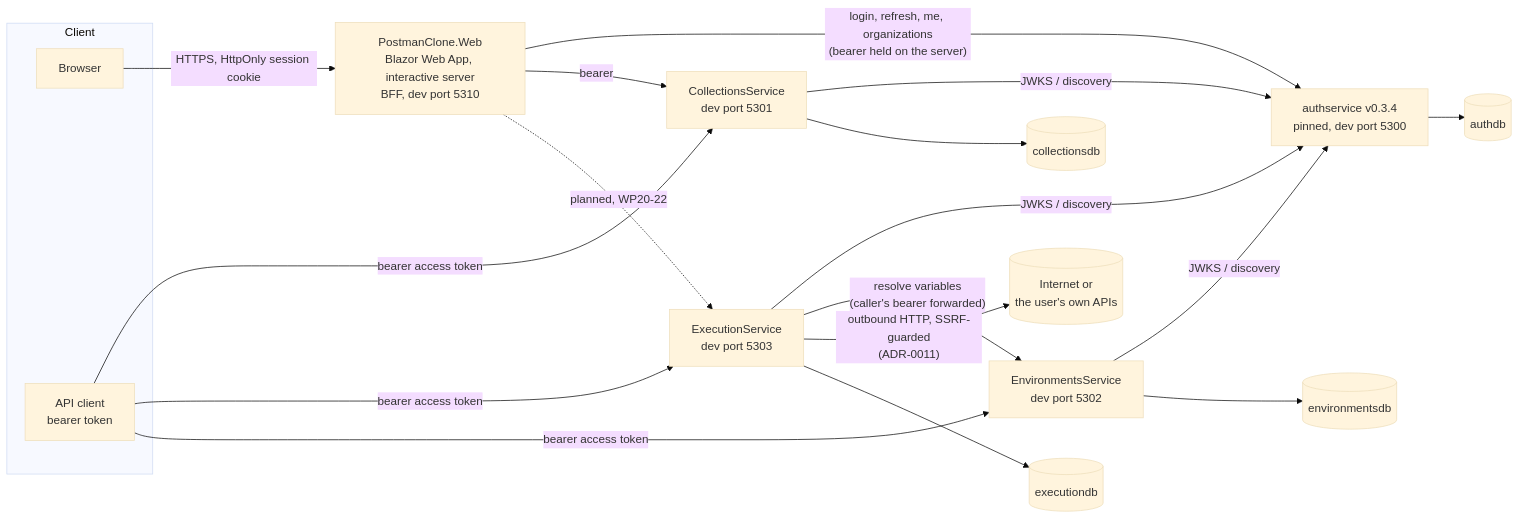
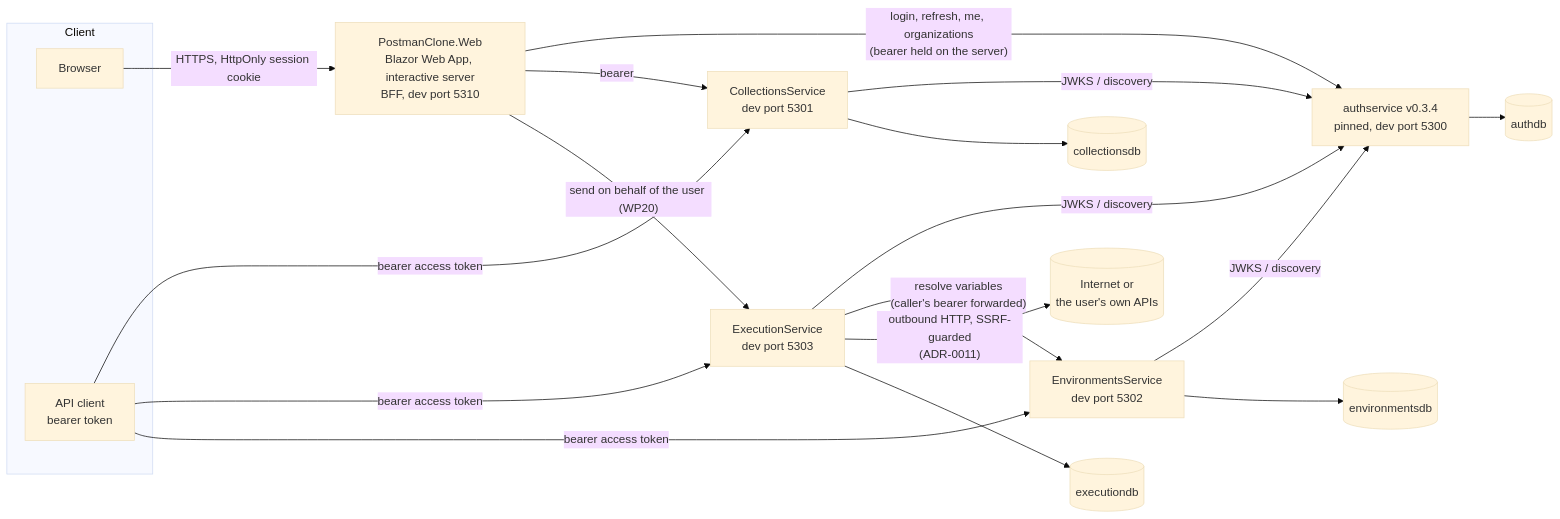
The first of 5 diagrams in docs/ARCHITECTURE.md (konradcinkusz/postman-clone), drawn with Mermaid (base theme) before and after one commit. The commit also changed other lines of this file and 9 other files, not shown here.

````diff
--- a/docs/ARCHITECTURE.md
+++ b/docs/ARCHITECTURE.md
@@ -10,28 +10,28 @@
 ```mermaid
 flowchart LR
   subgraph Client
     B[Browser]
     API[API client<br/>bearer token]
   end
 
   B -- "HTTPS, HttpOnly session cookie" --> W[PostmanClone.Web<br/>Blazor Web App, interactive server<br/>BFF, dev port 5310]
   API -- "bearer access token" --> C
   API -- "bearer access token" --> X
   API -- "bearer access token" --> E
 
   W -- "login, refresh, me, organizations<br/>(bearer held on the server)" --> A
   W -- "bearer" --> C[CollectionsService<br/>dev port 5301]
-  W -. "planned, WP20-22" .-> X[ExecutionService<br/>dev port 5303]
+  W -- "send on behalf of the user (WP20)" --> X[ExecutionService<br/>dev port 5303]
 
   C -- "JWKS / discovery" --> A
   E[EnvironmentsService<br/>dev port 5302] -- "JWKS / discovery" --> A
   X -- "JWKS / discovery" --> A
   X -- "resolve variables<br/>(caller's bearer forwarded)" --> E
 
   X -- "outbound HTTP, SSRF-guarded<br/>(ADR-0011)" --> NET[(Internet or<br/>the user's own APIs)]
 
   A[authservice v0.3.4<br/>pinned, dev port 5300] --> ADB[(authdb)]
   C --> CDB[(collectionsdb)]
   E --> EDB[(environmentsdb)]
   X --> XDB[(executiondb)]
 ```
````
